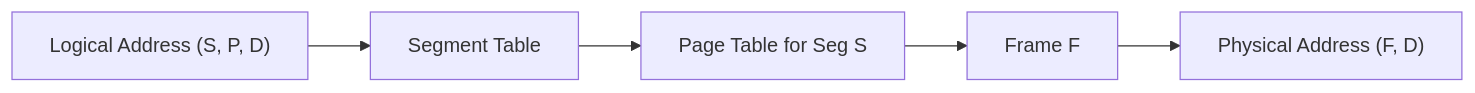
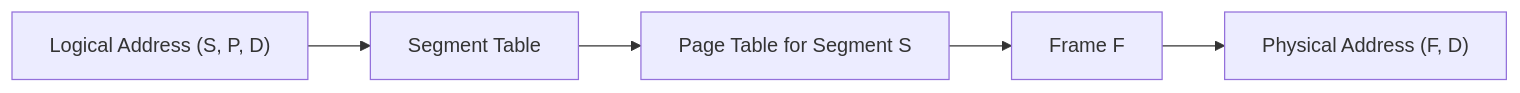
One commit to Nathan0820/vault changed the fourth of 5 diagrams in content/CS2106/L8.md. Above: the diagram before and after it, drawn with Mermaid. The commit also changed other lines of this file and 2 other files, not shown here.

````diff
--- a/content/CS2106/L8.md
+++ b/content/CS2106/L8.md
@@ -146,7 +223,7 @@
 ```mermaid
 graph LR
     LA["Logical Address (S, P, D)"] --> ST[Segment Table]
-    ST --> PT["Page Table for Seg S"]
+    ST --> PT["Page Table for Segment S"]
     PT --> Frame["Frame F"]
     Frame --> PA["Physical Address (F, D)"]
 ```
````
